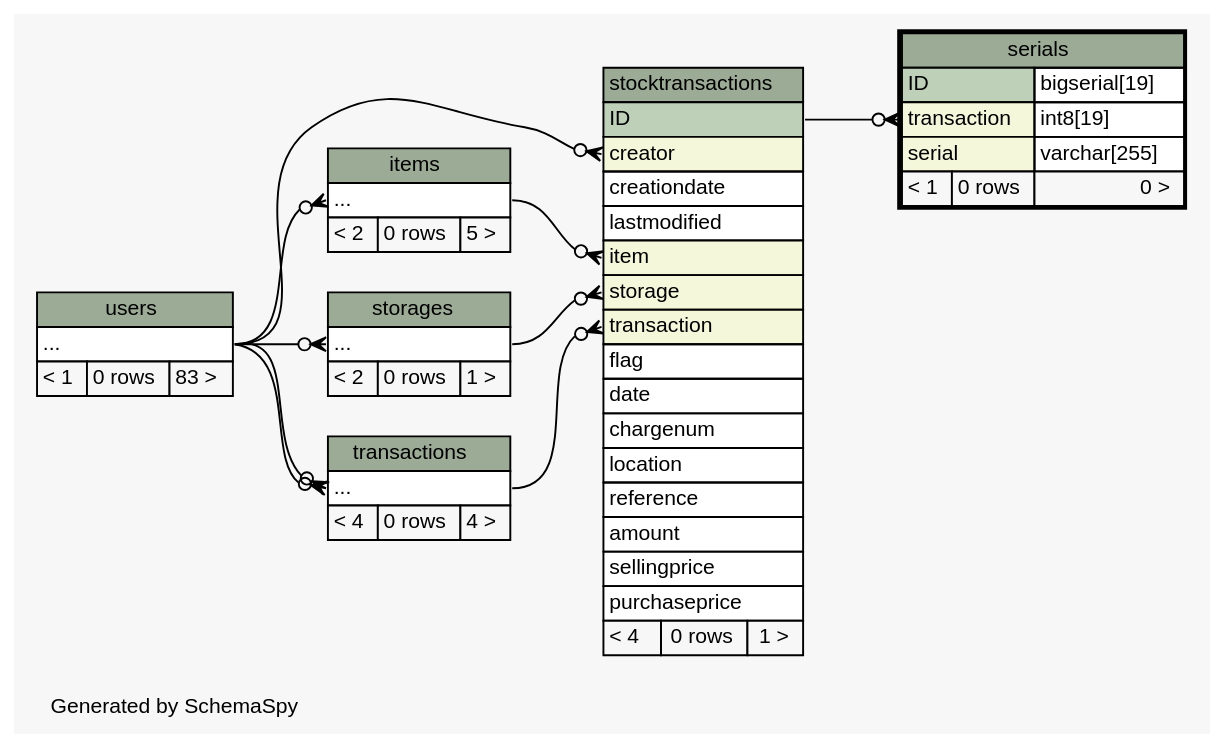
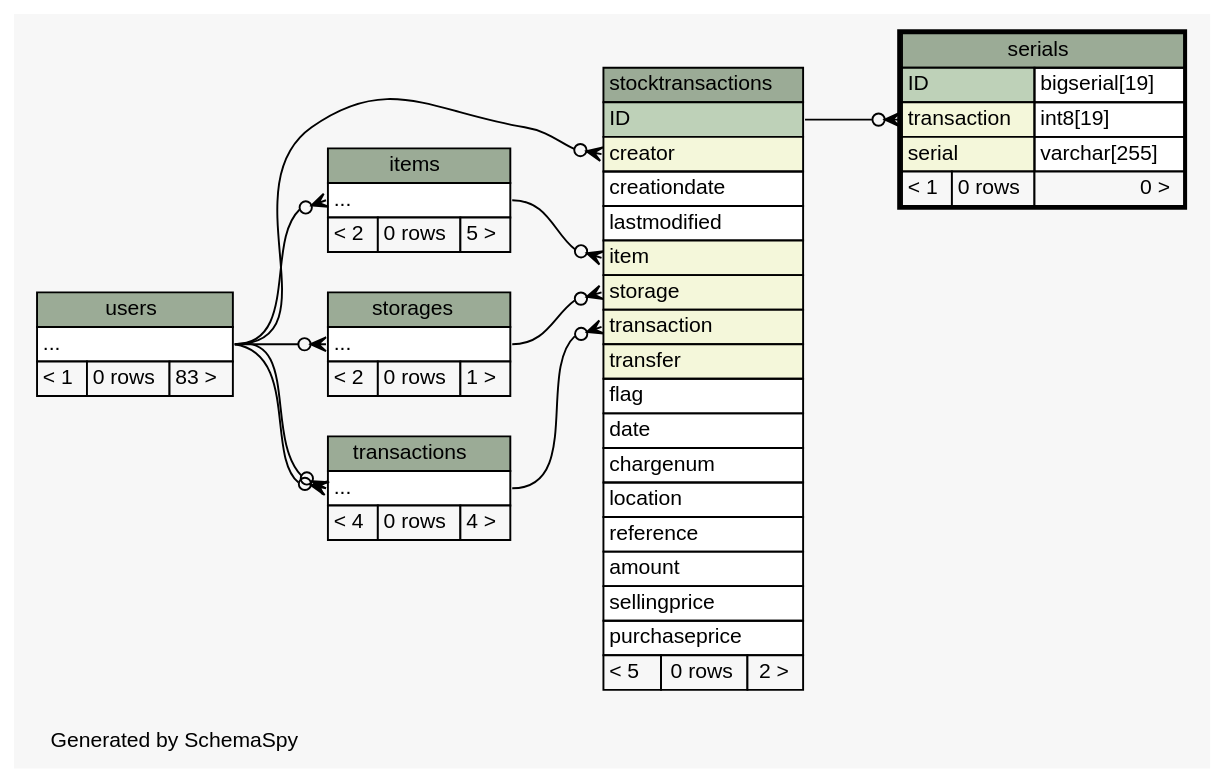
One commit to zeyosinc/zeyos-schema changed the diagram in diagrams/serials.2degrees.dot. Above: the diagram before and after it, drawn with Graphviz. The commit also changed 216 other files, not shown here.

Commit message:
Update schema to .99-65

```diff
--- a/diagrams/serials.2degrees.dot
+++ b/diagrams/serials.2degrees.dot
@@ -1,107 +1,108 @@
 // dot 2.38.0 on Windows 8.1 6.3
 // SchemaSpy rev 590
 digraph "twoDegreesRelationshipsDiagram" {
   graph [
     rankdir="RL"
     bgcolor="#f7f7f7"
     label="\nGenerated by SchemaSpy"
     labeljust="l"
     nodesep="0.18"
     ranksep="0.46"
     fontname="Helvetica"
     fontsize="11"
   ];
   node [
     fontname="Helvetica"
     fontsize="11"
     shape="plaintext"
   ];
   edge [
     arrowsize="0.8"
   ];
   "items":"elipses":w -> "users":"elipses":e [arrowhead=none dir=back arrowtail=crowodot];
   "serials":"transaction":w -> "stocktransactions":"ID":e [arrowhead=none dir=back arrowtail=crowodot];
   "stocktransactions":"creator":w -> "users":"elipses":e [arrowhead=none dir=back arrowtail=crowodot];
   "stocktransactions":"item":w -> "items":"elipses":e [arrowhead=none dir=back arrowtail=crowodot];
   "stocktransactions":"storage":w -> "storages":"elipses":e [arrowhead=none dir=back arrowtail=crowodot];
   "stocktransactions":"transaction":w -> "transactions":"elipses":e [arrowhead=none dir=back arrowtail=crowodot];
   "storages":"elipses":w -> "users":"elipses":e [arrowhead=none dir=back arrowtail=crowodot];
   "transactions":"elipses":w -> "users":"elipses":e [arrowhead=none dir=back arrowtail=crowodot];
   "transactions":"elipses":w -> "users":"elipses":e [arrowhead=none dir=back arrowtail=crowodot];
   "items" [
     label=<
     <TABLE BORDER="0" CELLBORDER="1" CELLSPACING="0" BGCOLOR="#ffffff">
       <TR><TD COLSPAN="3" BGCOLOR="#9bab96" ALIGN="CENTER">items</TD></TR>
       <TR><TD PORT="elipses" COLSPAN="3" ALIGN="LEFT">...</TD></TR>
       <TR><TD ALIGN="LEFT" BGCOLOR="#f7f7f7">&lt; 2</TD><TD ALIGN="RIGHT" BGCOLOR="#f7f7f7">0 rows</TD><TD ALIGN="RIGHT" BGCOLOR="#f7f7f7">5 &gt;</TD></TR>
     </TABLE>>
     URL="items.html"
     tooltip="items"
   ];
   "serials" [
     label=<
     <TABLE BORDER="2" CELLBORDER="1" CELLSPACING="0" BGCOLOR="#ffffff">
       <TR><TD COLSPAN="3" BGCOLOR="#9bab96" ALIGN="CENTER">serials</TD></TR>
       <TR><TD PORT="ID" COLSPAN="2" BGCOLOR="#bed1b8" ALIGN="LEFT">ID</TD><TD PORT="ID.type" ALIGN="LEFT">bigserial[19]</TD></TR>
       <TR><TD PORT="transaction" COLSPAN="2" BGCOLOR="#f4f7da" ALIGN="LEFT">transaction</TD><TD PORT="transaction.type" ALIGN="LEFT">int8[19]</TD></TR>
       <TR><TD PORT="serial" COLSPAN="2" BGCOLOR="#f4f7da" ALIGN="LEFT">serial</TD><TD PORT="serial.type" ALIGN="LEFT">varchar[255]</TD></TR>
       <TR><TD ALIGN="LEFT" BGCOLOR="#f7f7f7">&lt; 1</TD><TD ALIGN="RIGHT" BGCOLOR="#f7f7f7">0 rows</TD><TD ALIGN="RIGHT" BGCOLOR="#f7f7f7">0 &gt;</TD></TR>
     </TABLE>>
     URL="serials.html"
     tooltip="serials"
   ];
   "stocktransactions" [
     label=<
     <TABLE BORDER="0" CELLBORDER="1" CELLSPACING="0" BGCOLOR="#ffffff">
       <TR><TD COLSPAN="3" BGCOLOR="#9bab96" ALIGN="CENTER">stocktransactions</TD></TR>
       <TR><TD PORT="ID" COLSPAN="3" BGCOLOR="#bed1b8" ALIGN="LEFT">ID</TD></TR>
       <TR><TD PORT="creator" COLSPAN="3" BGCOLOR="#f4f7da" ALIGN="LEFT">creator</TD></TR>
       <TR><TD PORT="creationdate" COLSPAN="3" ALIGN="LEFT">creationdate</TD></TR>
       <TR><TD PORT="lastmodified" COLSPAN="3" ALIGN="LEFT">lastmodified</TD></TR>
       <TR><TD PORT="item" COLSPAN="3" BGCOLOR="#f4f7da" ALIGN="LEFT">item</TD></TR>
       <TR><TD PORT="storage" COLSPAN="3" BGCOLOR="#f4f7da" ALIGN="LEFT">storage</TD></TR>
       <TR><TD PORT="transaction" COLSPAN="3" BGCOLOR="#f4f7da" ALIGN="LEFT">transaction</TD></TR>
+      <TR><TD PORT="transfer" COLSPAN="3" BGCOLOR="#f4f7da" ALIGN="LEFT">transfer</TD></TR>
       <TR><TD PORT="flag" COLSPAN="3" ALIGN="LEFT">flag</TD></TR>
       <TR><TD PORT="date" COLSPAN="3" ALIGN="LEFT">date</TD></TR>
       <TR><TD PORT="chargenum" COLSPAN="3" ALIGN="LEFT">chargenum</TD></TR>
       <TR><TD PORT="location" COLSPAN="3" ALIGN="LEFT">location</TD></TR>
       <TR><TD PORT="reference" COLSPAN="3" ALIGN="LEFT">reference</TD></TR>
       <TR><TD PORT="amount" COLSPAN="3" ALIGN="LEFT">amount</TD></TR>
       <TR><TD PORT="sellingprice" COLSPAN="3" ALIGN="LEFT">sellingprice</TD></TR>
       <TR><TD PORT="purchaseprice" COLSPAN="3" ALIGN="LEFT">purchaseprice</TD></TR>
-      <TR><TD ALIGN="LEFT" BGCOLOR="#f7f7f7">&lt; 4</TD><TD ALIGN="RIGHT" BGCOLOR="#f7f7f7">0 rows</TD><TD ALIGN="RIGHT" BGCOLOR="#f7f7f7">1 &gt;</TD></TR>
+      <TR><TD ALIGN="LEFT" BGCOLOR="#f7f7f7">&lt; 5</TD><TD ALIGN="RIGHT" BGCOLOR="#f7f7f7">0 rows</TD><TD ALIGN="RIGHT" BGCOLOR="#f7f7f7">2 &gt;</TD></TR>
     </TABLE>>
     URL="stocktransactions.html"
     tooltip="stocktransactions"
   ];
   "storages" [
     label=<
     <TABLE BORDER="0" CELLBORDER="1" CELLSPACING="0" BGCOLOR="#ffffff">
       <TR><TD COLSPAN="3" BGCOLOR="#9bab96" ALIGN="CENTER">storages</TD></TR>
       <TR><TD PORT="elipses" COLSPAN="3" ALIGN="LEFT">...</TD></TR>
       <TR><TD ALIGN="LEFT" BGCOLOR="#f7f7f7">&lt; 2</TD><TD ALIGN="RIGHT" BGCOLOR="#f7f7f7">0 rows</TD><TD ALIGN="RIGHT" BGCOLOR="#f7f7f7">1 &gt;</TD></TR>
     </TABLE>>
     URL="storages.html"
     tooltip="storages"
   ];
   "transactions" [
     label=<
     <TABLE BORDER="0" CELLBORDER="1" CELLSPACING="0" BGCOLOR="#ffffff">
       <TR><TD COLSPAN="3" BGCOLOR="#9bab96" ALIGN="CENTER">transactions</TD></TR>
       <TR><TD PORT="elipses" COLSPAN="3" ALIGN="LEFT">...</TD></TR>
       <TR><TD ALIGN="LEFT" BGCOLOR="#f7f7f7">&lt; 4</TD><TD ALIGN="RIGHT" BGCOLOR="#f7f7f7">0 rows</TD><TD ALIGN="RIGHT" BGCOLOR="#f7f7f7">4 &gt;</TD></TR>
     </TABLE>>
     URL="transactions.html"
     tooltip="transactions"
   ];
   "users" [
     label=<
     <TABLE BORDER="0" CELLBORDER="1" CELLSPACING="0" BGCOLOR="#ffffff">
       <TR><TD COLSPAN="3" BGCOLOR="#9bab96" ALIGN="CENTER">users</TD></TR>
       <TR><TD PORT="elipses" COLSPAN="3" ALIGN="LEFT">...</TD></TR>
       <TR><TD ALIGN="LEFT" BGCOLOR="#f7f7f7">&lt; 1</TD><TD ALIGN="RIGHT" BGCOLOR="#f7f7f7">0 rows</TD><TD ALIGN="RIGHT" BGCOLOR="#f7f7f7">83 &gt;</TD></TR>
     </TABLE>>
     URL="users.html"
     tooltip="users"
   ];
 }
```
